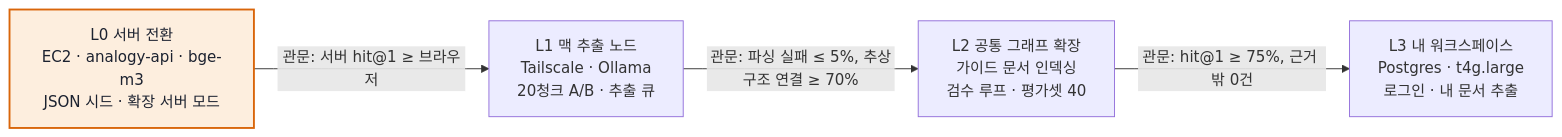
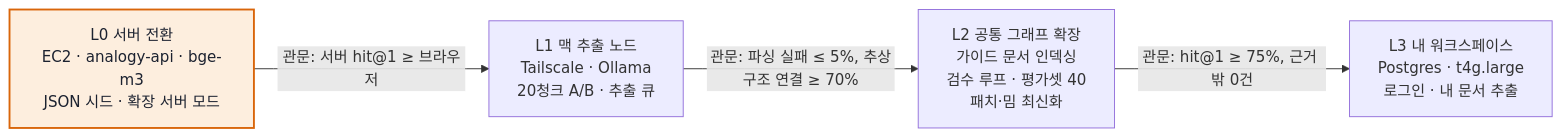
The fifth of 5 diagrams in docs/architecture-lightrag.md (roasted-penguin/good-metaphor), drawn with Mermaid before and after one commit. The commit also changed other lines of this file and 5 other files, not shown here.

````diff
--- a/docs/architecture-lightrag.md
+++ b/docs/architecture-lightrag.md
@@ -241,13 +270,13 @@
 ```mermaid
 flowchart LR
   L0["L0 서버 전환<br/>EC2 · analogy-api · bge-m3<br/>JSON 시드 · 확장 서버 모드"]
   L1["L1 맥 추출 노드<br/>Tailscale · Ollama<br/>20청크 A/B · 추출 큐"]
-  L2["L2 공통 그래프 확장<br/>가이드 문서 인덱싱<br/>검수 루프 · 평가셋 40"]
+  L2["L2 공통 그래프 확장<br/>가이드 문서 인덱싱<br/>검수 루프 · 평가셋 40<br/>패치·밈 최신화"]
   L3["L3 내 워크스페이스<br/>Postgres · t4g.large<br/>로그인 · 내 문서 추출"]
   L0 -->|"관문: 서버 hit@1 ≥ 브라우저"| L1
   L1 -->|"관문: 파싱 실패 ≤ 5%, 추상구조 연결 ≥ 70%"| L2
   L2 -->|"관문: hit@1 ≥ 75%, 근거 밖 0건"| L3
 
   classDef now fill:#fdeede,stroke:#d9650a,stroke-width:2px,color:#1c2230
   class L0 now
 ```
````
